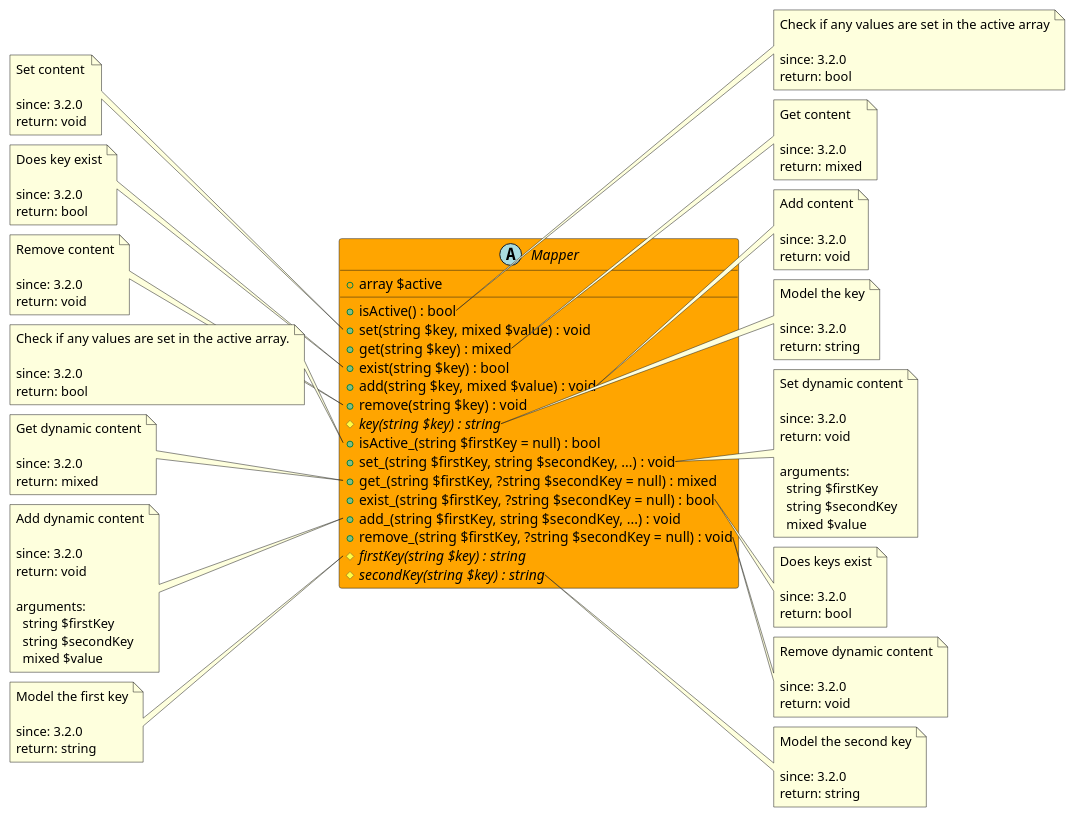
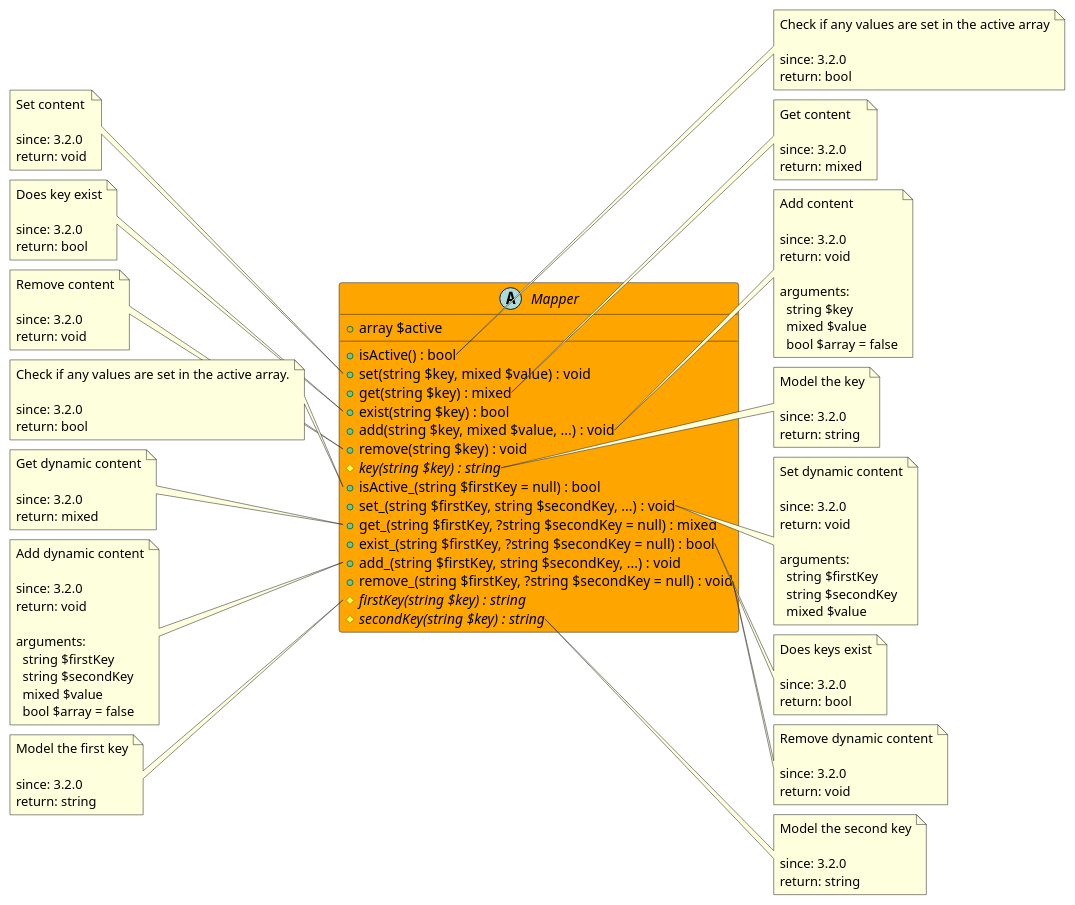
Before and after one commit to joomengine/super-powers: the diagram in src/44a3367c-f9e4-406b-b396-0f452bde0f03/README.md, drawn with PlantUML. The commit also changed 75 other files, not shown here.

```diff
--- a/src/44a3367c-f9e4-406b-b396-0f452bde0f03/README.md
+++ b/src/44a3367c-f9e4-406b-b396-0f452bde0f03/README.md
@@ -16,7 +16,7 @@
   + set(string $key, mixed $value) : void
   + get(string $key) : mixed
   + exist(string $key) : bool
-  + add(string $key, mixed $value) : void
+  + add(string $key, mixed $value, ...) : void
   + remove(string $key) : void
   # {abstract} key(string $key) : string
   + isActive_(string $firstKey = null) : bool
@@ -62,6 +62,11 @@
 
   since: 3.2.0
   return: void
+  
+  arguments:
+    string $key
+    mixed $value
+    bool $array = false
 end note
 
 note left of Mapper::remove
@@ -121,6 +126,7 @@
     string $firstKey
     string $secondKey
     mixed $value
+    bool $array = false
 end note
 
 note right of Mapper::remove_
```
